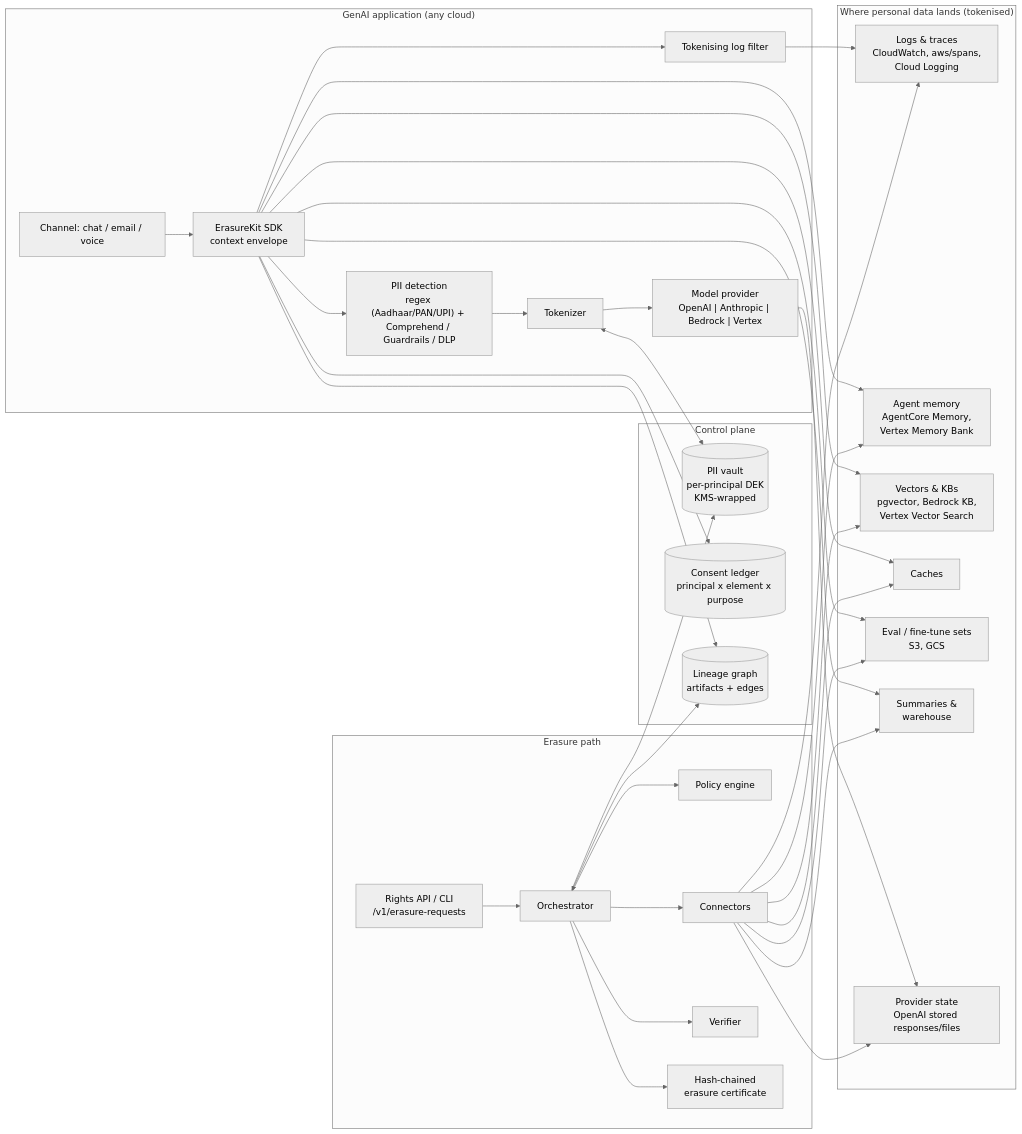
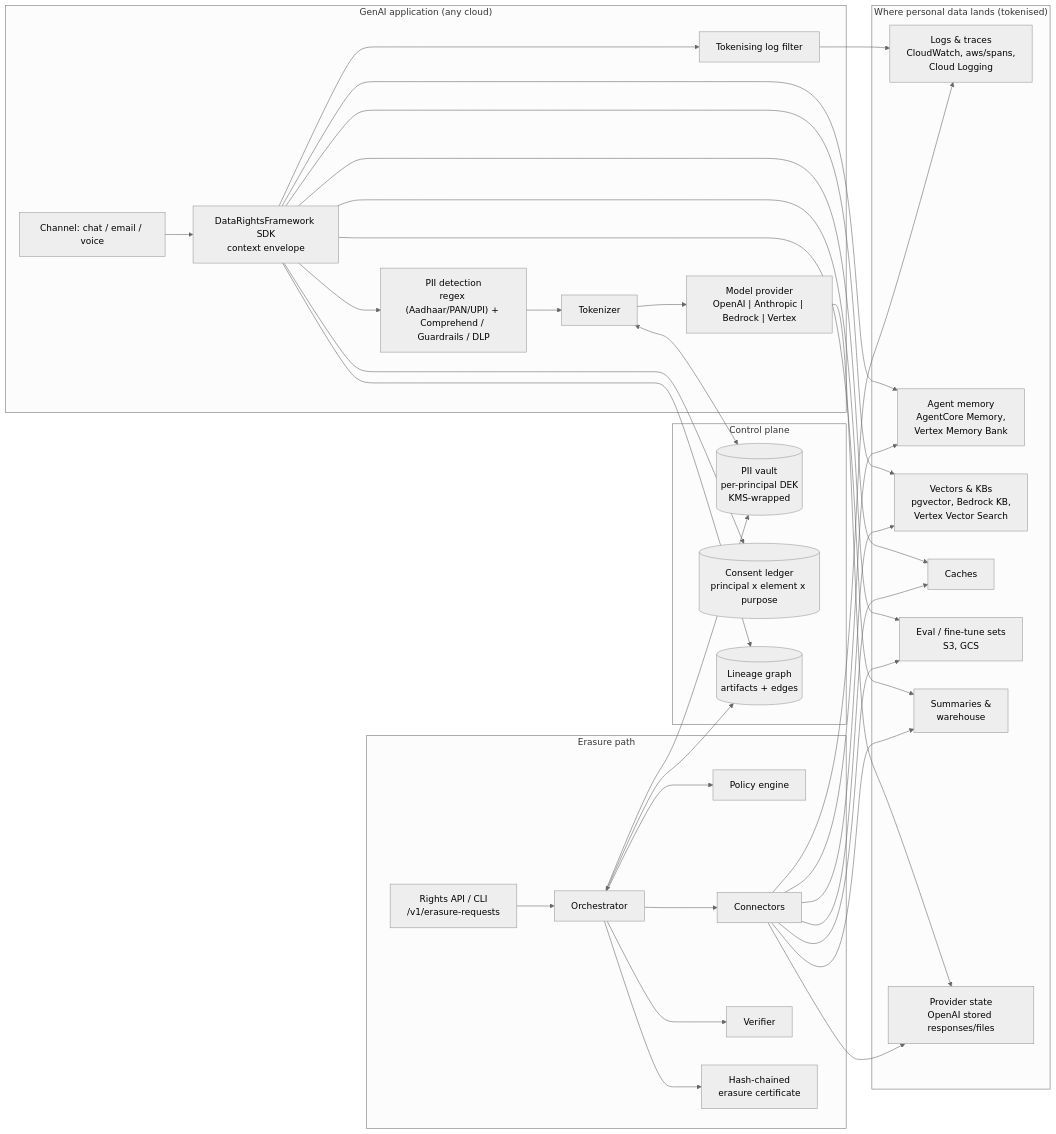
One commit to koushikmohanbhat/dpdp-data-rights-framework changed the first of 2 diagrams in docs/architecture.md. Above: the diagram before and after it, drawn with Mermaid (neutral theme). The commit also changed other lines of this file and 63 other files, not shown here.

First line of the commit message:
Rename to DPDP Data Rights Framework for AI Agents; make examples domain-neutral

````diff
--- a/docs/architecture.md
+++ b/docs/architecture.md
@@ -9,44 +9,44 @@
 ```mermaid
 flowchart LR
   subgraph APP["GenAI application (any cloud)"]
-    UI["Channel: chat / email / voice"] --> GW["ErasureKit SDK<br/>context envelope"]
+    UI["Channel: chat / email / voice"] --> GW["DataRightsFramework SDK<br/>context envelope"]
     GW --> PII["PII detection<br/>regex (Aadhaar/PAN/UPI) + Comprehend / Guardrails / DLP"]
     PII --> TOK["Tokenizer"]
     TOK --> LLM["Model provider<br/>OpenAI | Anthropic | Bedrock | Vertex"]
     GW --> LOGF["Tokenising log filter"]
   end
 
   subgraph CP["Control plane"]
     VAULT[("PII vault<br/>per-principal DEK<br/>KMS-wrapped")]
     LED[("Consent ledger<br/>principal x element x purpose")]
     LIN[("Lineage graph<br/>artifacts + edges")]
   end
 
   TOK <--> VAULT
   GW --> LED
   GW --> LIN
 
   subgraph STORES["Where personal data lands (tokenised)"]
     S1["Logs & traces<br/>CloudWatch, aws/spans,<br/>Cloud Logging"]
     S2["Agent memory<br/>AgentCore Memory,<br/>Vertex Memory Bank"]
     S3["Vectors & KBs<br/>pgvector, Bedrock KB,<br/>Vertex Vector Search"]
     S4["Caches"]
     S5["Eval / fine-tune sets<br/>S3, GCS"]
     S6["Summaries &<br/>warehouse"]
     S7["Provider state<br/>OpenAI stored responses/files"]
   end
   LLM --> S7
   LOGF --> S1
   GW --> S2 & S3 & S4 & S5 & S6
 
   subgraph ER["Erasure path"]
     API["Rights API / CLI<br/>/v1/erasure-requests"] --> ORCH["Orchestrator"]
     ORCH --> POL["Policy engine"]
     ORCH --> CON["Connectors"]
     ORCH --> VER["Verifier"]
     ORCH --> CERT["Hash-chained<br/>erasure certificate"]
   end
   ORCH <--> LIN
   ORCH --> VAULT
   CON --> S1 & S2 & S3 & S4 & S5 & S6 & S7
 ```
````
